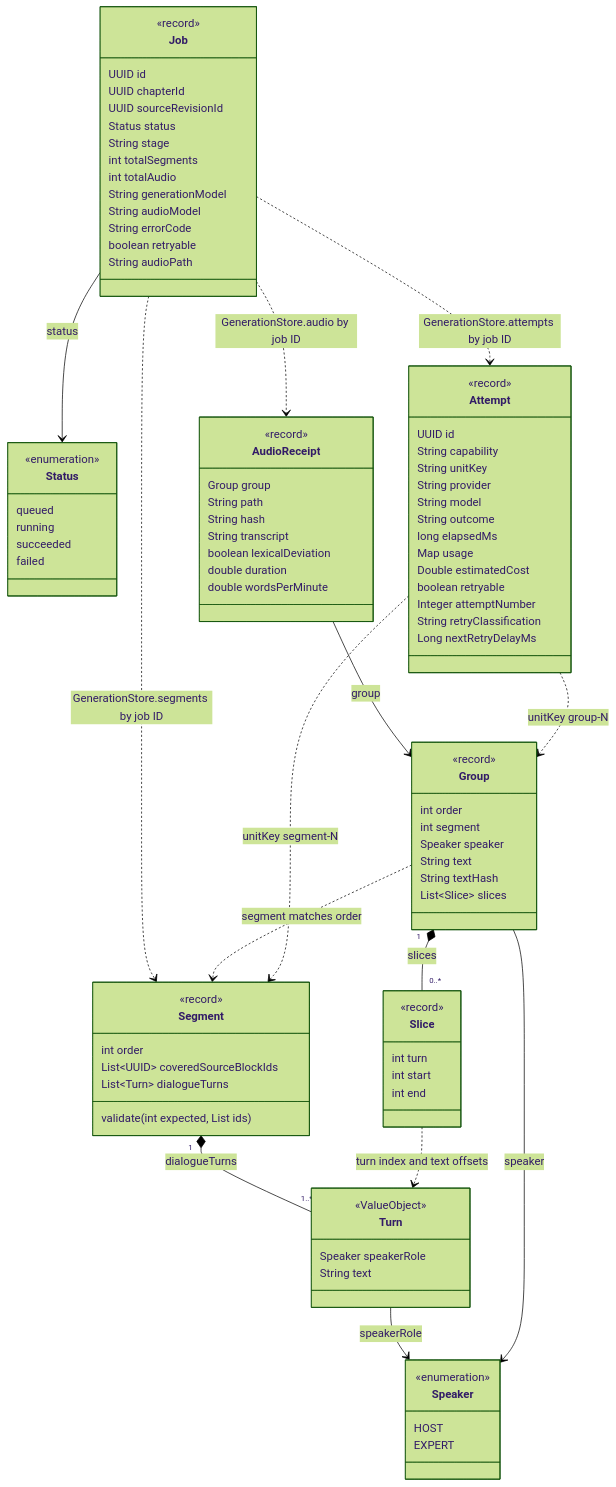
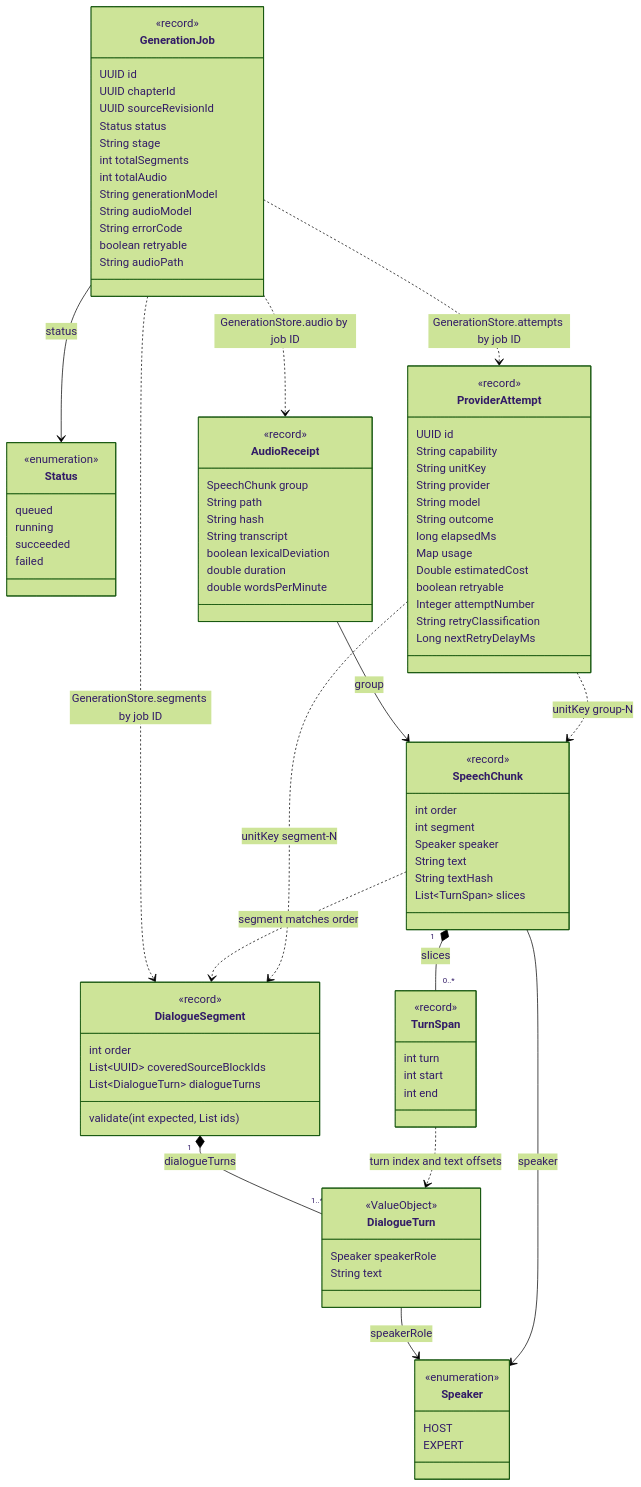
One commit to nenonja/bookcast changed the second of 3 diagrams in docs/DOMAIN_MODEL.md. Above: the diagram before and after it, drawn with Mermaid (forest theme). The commit also changed other lines of this file and 36 other files, not shown here.

````diff
--- a/docs/DOMAIN_MODEL.md
+++ b/docs/DOMAIN_MODEL.md
@@ -76,6 +84,6 @@
 ```mermaid
 classDiagram
-    class Job {
+    class GenerationJob {
         <<record>>
         UUID id
         UUID chapterId
@@ -97,14 +105,14 @@
         succeeded
         failed
     }
-    class Segment {
+    class DialogueSegment {
         <<record>>
         int order
         List~UUID~ coveredSourceBlockIds
-        List~Turn~ dialogueTurns
+        List~DialogueTurn~ dialogueTurns
         validate(int expected, List ids)
     }
-    class Turn {
+    class DialogueTurn {
         <<ValueObject>>
         Speaker speakerRole
         String text
@@ -114,16 +122,16 @@
         HOST
         EXPERT
     }
-    class Group {
+    class SpeechChunk {
         <<record>>
         int order
         int segment
         Speaker speaker
         String text
         String textHash
-        List~Slice~ slices
+        List~TurnSpan~ slices
     }
-    class Slice {
+    class TurnSpan {
         <<record>>
         int turn
         int start
@@ -131,7 +139,7 @@
     }
     class AudioReceipt {
         <<record>>
-        Group group
+        SpeechChunk group
         String path
         String hash
         String transcript
@@ -139,7 +147,7 @@
         double duration
         double wordsPerMinute
     }
-    class Attempt {
+    class ProviderAttempt {
         <<record>>
         UUID id
         String capability
@@ -155,17 +163,17 @@
         String retryClassification
         Long nextRetryDelayMs
     }
-    Job --> Status : status
-    Job ..> Segment : GenerationStore.segments by job ID
-    Job ..> AudioReceipt : GenerationStore.audio by job ID
-    Job ..> Attempt : GenerationStore.attempts by job ID
-    Segment "1" *-- "1..*" Turn : dialogueTurns
-    Turn --> Speaker : speakerRole
-    Group --> Speaker : speaker
-    Group "1" *-- "0..*" Slice : slices
-    Group ..> Segment : segment matches order
-    Slice ..> Turn : turn index and text offsets
-    AudioReceipt --> Group : group
-    Attempt ..> Segment : unitKey segment-N
-    Attempt ..> Group : unitKey group-N
+    GenerationJob --> Status : status
+    GenerationJob ..> DialogueSegment : GenerationStore.segments by job ID
+    GenerationJob ..> AudioReceipt : GenerationStore.audio by job ID
+    GenerationJob ..> ProviderAttempt : GenerationStore.attempts by job ID
+    DialogueSegment "1" *-- "1..*" DialogueTurn : dialogueTurns
+    DialogueTurn --> Speaker : speakerRole
+    SpeechChunk --> Speaker : speaker
+    SpeechChunk "1" *-- "0..*" TurnSpan : slices
+    SpeechChunk ..> DialogueSegment : segment matches order
+    TurnSpan ..> DialogueTurn : turn index and text offsets
+    AudioReceipt --> SpeechChunk : group
+    ProviderAttempt ..> DialogueSegment : unitKey segment-N
+    ProviderAttempt ..> SpeechChunk : unitKey group-N
 ```
````
